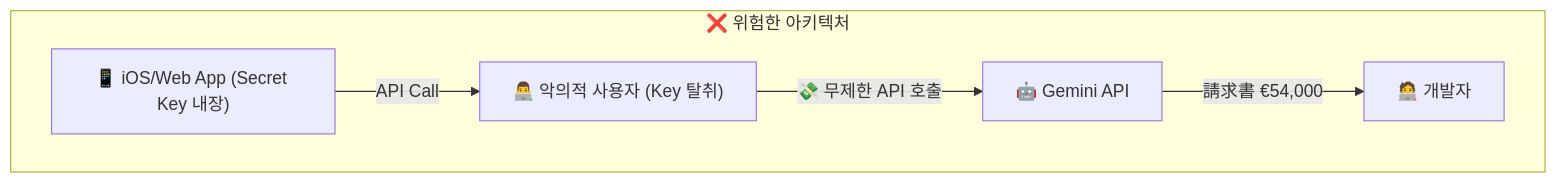
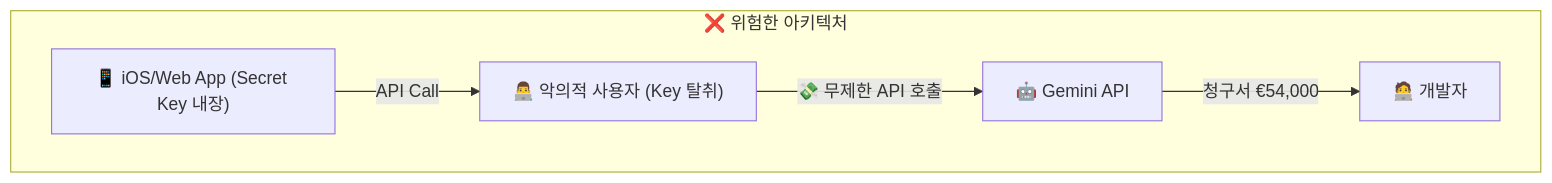
Before and after one commit to Mino777/ai-study: the first of 3 diagrams in content/backend-ai/ai-api-cost-prevention-serverless-security-pattern.mdx, drawn with Mermaid. The commit also changed other lines of this file and 58 other files, not shown here.

````diff
--- a/content/backend-ai/ai-api-cost-prevention-serverless-security-pattern.mdx
+++ b/content/backend-ai/ai-api-cost-prevention-serverless-security-pattern.mdx
@@ -57,8 +57,8 @@
 ```mermaid
 graph TD
     subgraph Bad_Practice ["❌ 위험한 아키텍처"]
         Client_App["📱 iOS/Web App (Secret Key 내장)"] -- "API Call" --> Malicious_User["👨‍💻 악의적 사용자 (Key 탈취)"]
         Malicious_User -- "💸 무제한 API 호출" --> AI_API["🤖 Gemini API"]
-        AI_API -- "請求書 €54,000" --> Developer["🧑‍💻 개발자"]
+        AI_API -- "청구서 €54,000" --> Developer["🧑‍💻 개발자"]
     end
 ```
````
